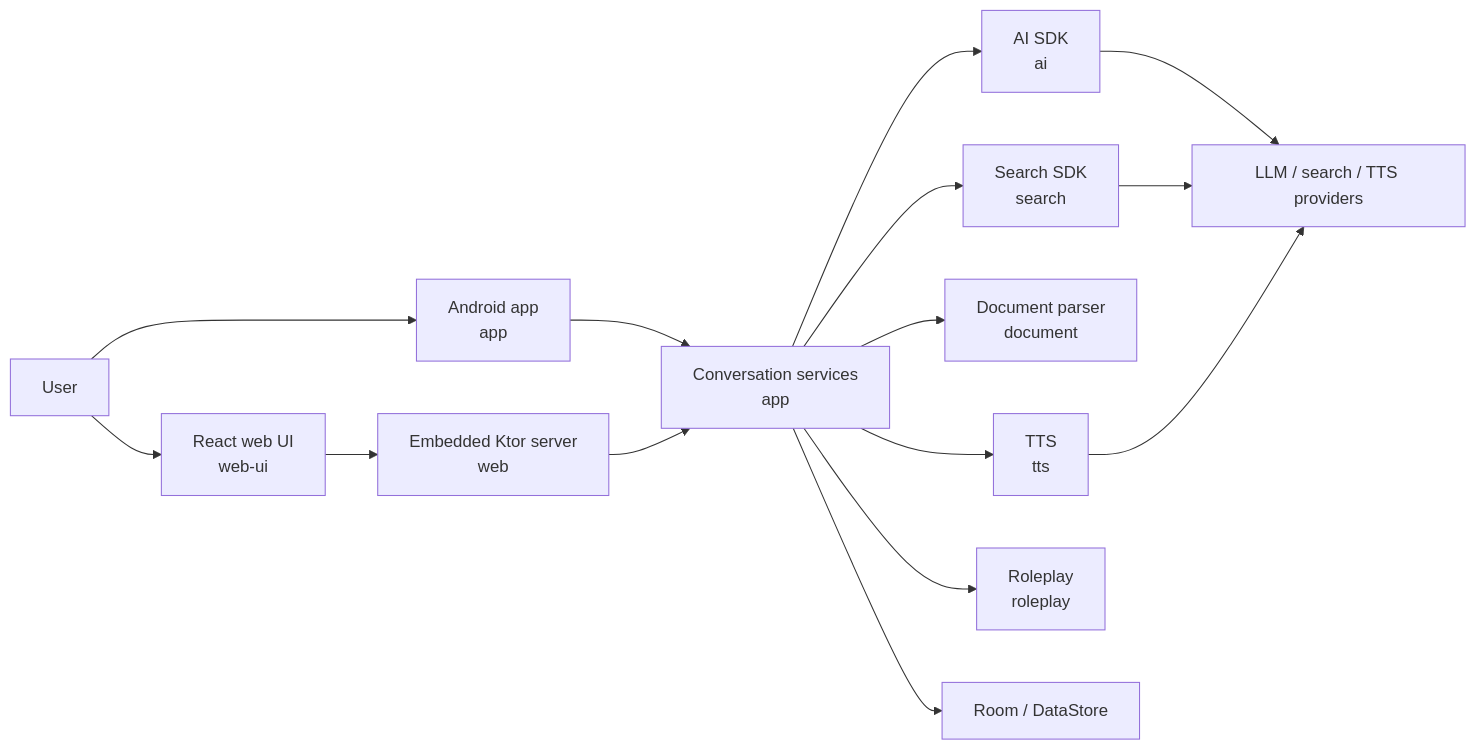
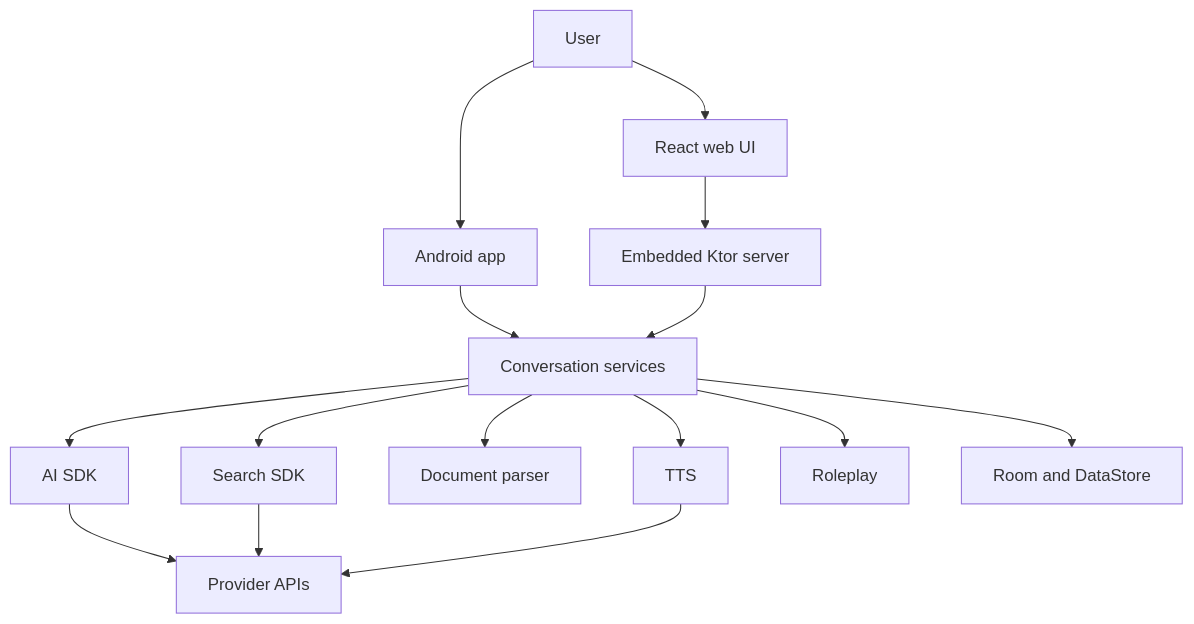
Before and after one commit to EterUltimate/EterUee: the second of 7 diagrams in README.md, drawn with Mermaid. The commit also changed other lines of this file and 2 other files, not shown here.

Commit message:
docs: make README diagrams GitHub-safe

````diff
--- a/README.md
+++ b/README.md
@@ -88,30 +88,30 @@
 ```mermaid
-flowchart LR
-    User["User"]
-    Android["Android app\napp"]
-    WebUI["React web UI\nweb-ui"]
-    WebServer["Embedded Ktor server\nweb"]
-    Conversation["Conversation services\napp"]
-    AI["AI SDK\nai"]
-    Search["Search SDK\nsearch"]
-    Docs["Document parser\ndocument"]
-    TTS["TTS\ntts"]
-    Roleplay["Roleplay\nroleplay"]
-    Store["Room / DataStore"]
-    Provider["LLM / search / TTS providers"]
+graph TD
+    User[User]
+    Android[Android app]
+    WebUI[React web UI]
+    WebServer[Embedded Ktor server]
+    Conversation[Conversation services]
+    AI[AI SDK]
+    Search[Search SDK]
+    Docs[Document parser]
+    TTS[TTS]
+    Roleplay[Roleplay]
+    Store[Room and DataStore]
+    Provider[Provider APIs]
 
     User --> Android
     User --> WebUI
     WebUI --> WebServer
     Android --> Conversation
     WebServer --> Conversation
     Conversation --> AI
     Conversation --> Search
     Conversation --> Docs
     Conversation --> TTS
     Conversation --> Roleplay
     Conversation --> Store
     AI --> Provider
     Search --> Provider
     TTS --> Provider
 ```
````
